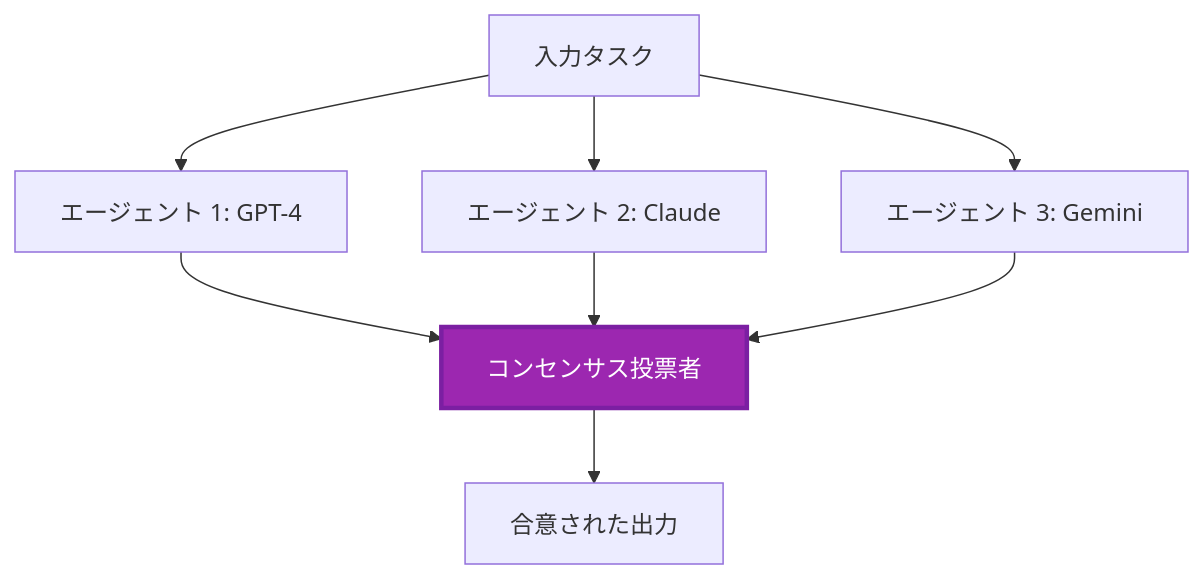
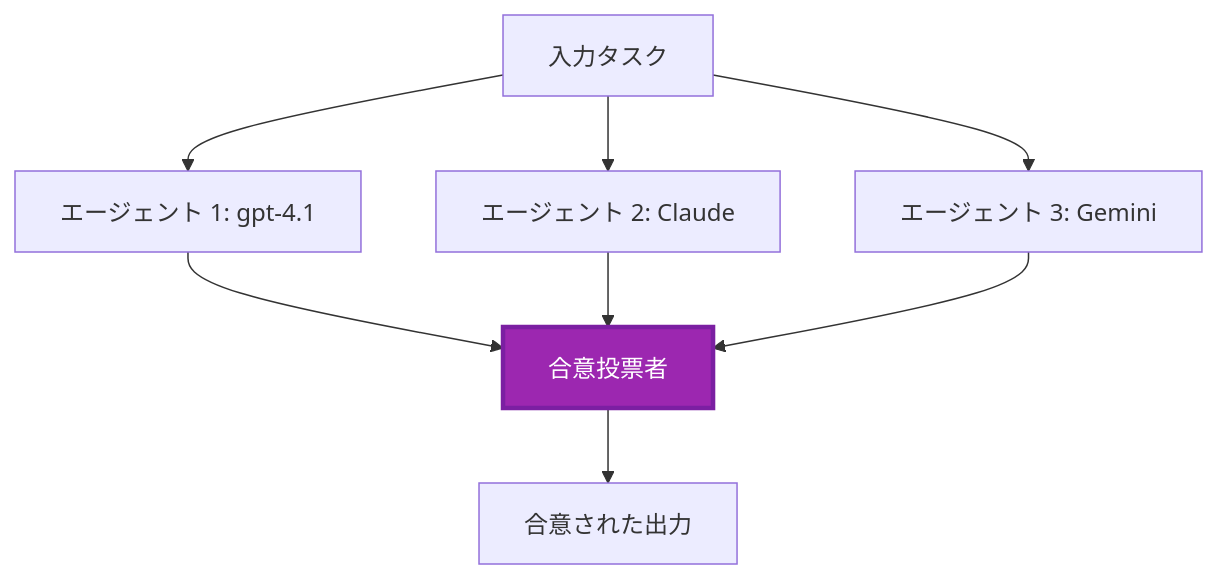
The fifth of 6 diagrams in translations/ja/docs/chapter-06-pre-deployment/coordination-patterns.md (microsoft/AZD-for-beginners), drawn with Mermaid before and after one commit. The commit also changed other lines of this file and 101 other files, not shown here.

````diff
--- a/translations/ja/docs/chapter-06-pre-deployment/coordination-patterns.md
+++ b/translations/ja/docs/chapter-06-pre-deployment/coordination-patterns.md
@@ -232,19 +225,19 @@
 ```mermaid
 graph TB
     Input[入力タスク]
-    Agent1[エージェント 1: GPT-4]
+    Agent1[エージェント 1: gpt-4.1]
     Agent2[エージェント 2: Claude]
     Agent3[エージェント 3: Gemini]
-    Voter[コンセンサス投票者]
+    Voter[合意投票者]
     Output[合意された出力]
     
     Input --> Agent1
     Input --> Agent2
     Input --> Agent3
     Agent1 --> Voter
     Agent2 --> Voter
     Agent3 --> Voter
     Voter --> Output
     
     style Voter fill:#9C27B0,stroke:#7B1FA2,stroke-width:3px,color:#fff
 ```
````
